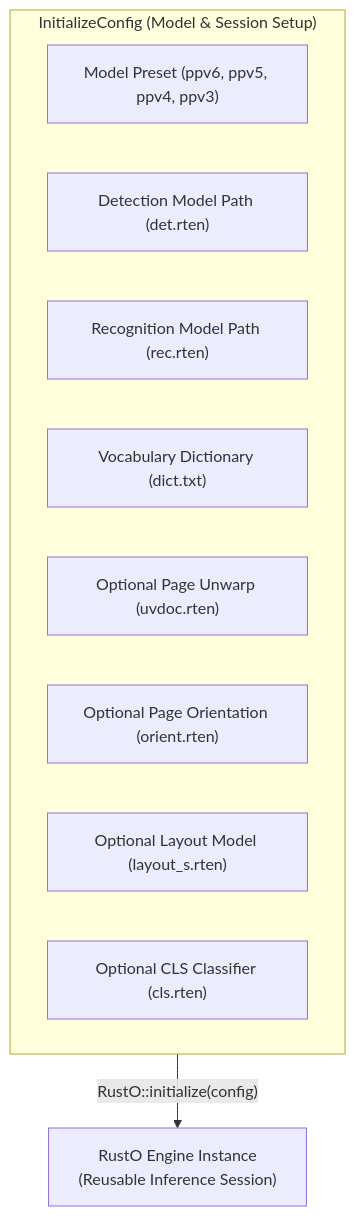
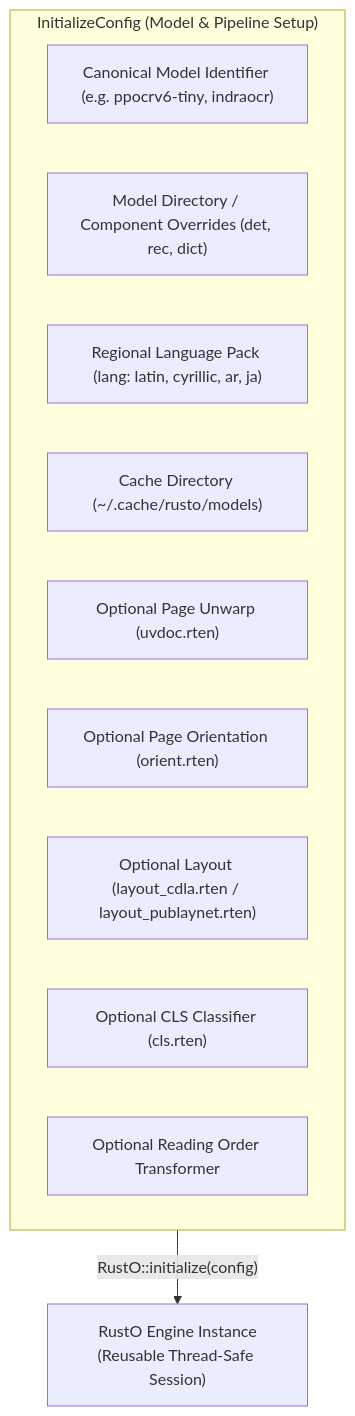
The diagram in docs/content/en/04.api-reference/01.initialize-config.md (byrizki/rusto-rs), drawn with Mermaid before and after one commit. The commit also changed other lines of this file and 26 other files, not shown here.

````diff
--- a/docs/content/en/04.api-reference/01.initialize-config.md
+++ b/docs/content/en/04.api-reference/01.initialize-config.md
@@ -15,15 +15,16 @@
 ```mermaid
 flowchart TD
-    subgraph Config ["InitializeConfig (Model & Session Setup)"]
-        P["Model Preset (ppv6, ppv5, ppv4, ppv3)"]
-        D["Detection Model Path (det.rten)"]
-        R["Recognition Model Path (rec.rten)"]
-        V["Vocabulary Dictionary (dict.txt)"]
+    subgraph Config ["InitializeConfig (Model & Pipeline Setup)"]
+        M["Canonical Model Identifier (e.g. ppocrv6-tiny, indraocr)"]
+        MP["Model Directory / Component Overrides (det, rec, dict)"]
+        L["Regional Language Pack (lang: latin, cyrillic, ar, ja)"]
+        CD["Cache Directory (~/.cache/rusto/models)"]
         U["Optional Page Unwarp (uvdoc.rten)"]
         O["Optional Page Orientation (orient.rten)"]
-        L["Optional Layout Model (layout_s.rten)"]
+        LAY["Optional Layout (layout_cdla.rten / layout_publaynet.rten)"]
         C["Optional CLS Classifier (cls.rten)"]
+        RO["Optional Reading Order Transformer"]
     end
 
-    Config -->|"RustO::initialize(config)"| Engine["RustO Engine Instance<br/>(Reusable Inference Session)"]
+    Config -->|"RustO::initialize(config)"| Engine["RustO Engine Instance<br/>(Reusable Thread-Safe Session)"]
 ```
````
